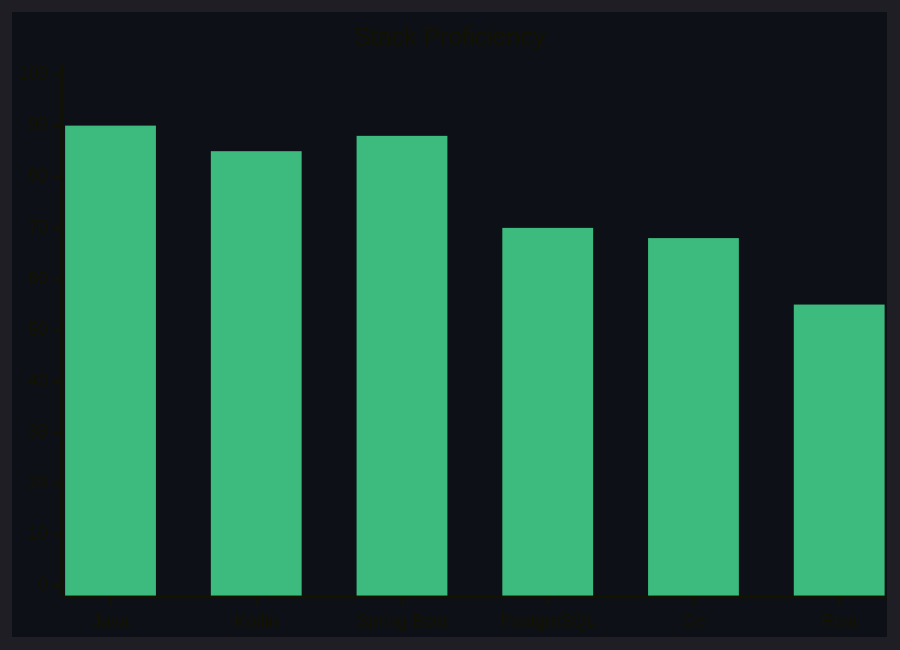
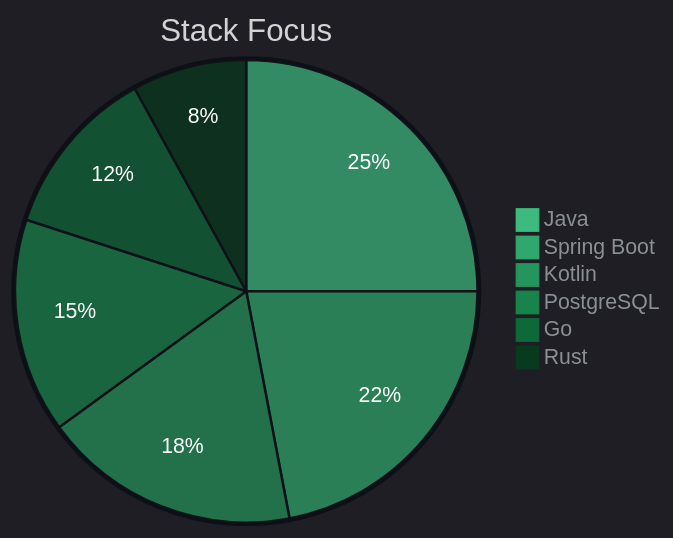
One commit to Asit666/Asit666 changed the diagram in README.md. Above: the diagram before and after it, drawn with Mermaid.

````diff
--- a/README.md
+++ b/README.md
@@ -81,8 +81,11 @@
 ```mermaid
-%%{init: {'theme': 'dark', 'themeVariables': {'xyChart': {'backgroundColor': '#0d1117', 'plotColorPalette': '#3dba7e', 'plotBorderColor': '#0d1117'}}}}%%
-xychart-beta
-    title "Stack Proficiency"
-    x-axis ["Java", "Kotlin", "Spring Boot", "PostgreSQL", "Go", "Rust"]
-    y-axis 0 --> 100
-    bar [90, 85, 88, 70, 68, 55]
+%%{init: {'theme': 'dark', 'themeVariables': {'pie1': '#3dba7e', 'pie2': '#30a86d', 'pie3': '#24955c', 'pie4': '#18834b', 'pie5': '#0e6939', 'pie6': '#083a1e', 'pieSectionTextColor': '#ffffff', 'pieLegendTextColor': '#8b9094', 'pieStrokeColor': '#0d1117', 'pieOuterStrokeColor': '#0d1117', 'pieOuterStrokeWidth': '3px', 'fontFamily': 'monospace'}}}%%
+pie
+    title Stack Focus
+    "Java" : 25
+    "Spring Boot" : 22
+    "Kotlin" : 18
+    "PostgreSQL" : 15
+    "Go" : 12
+    "Rust" : 8
 ```
````
